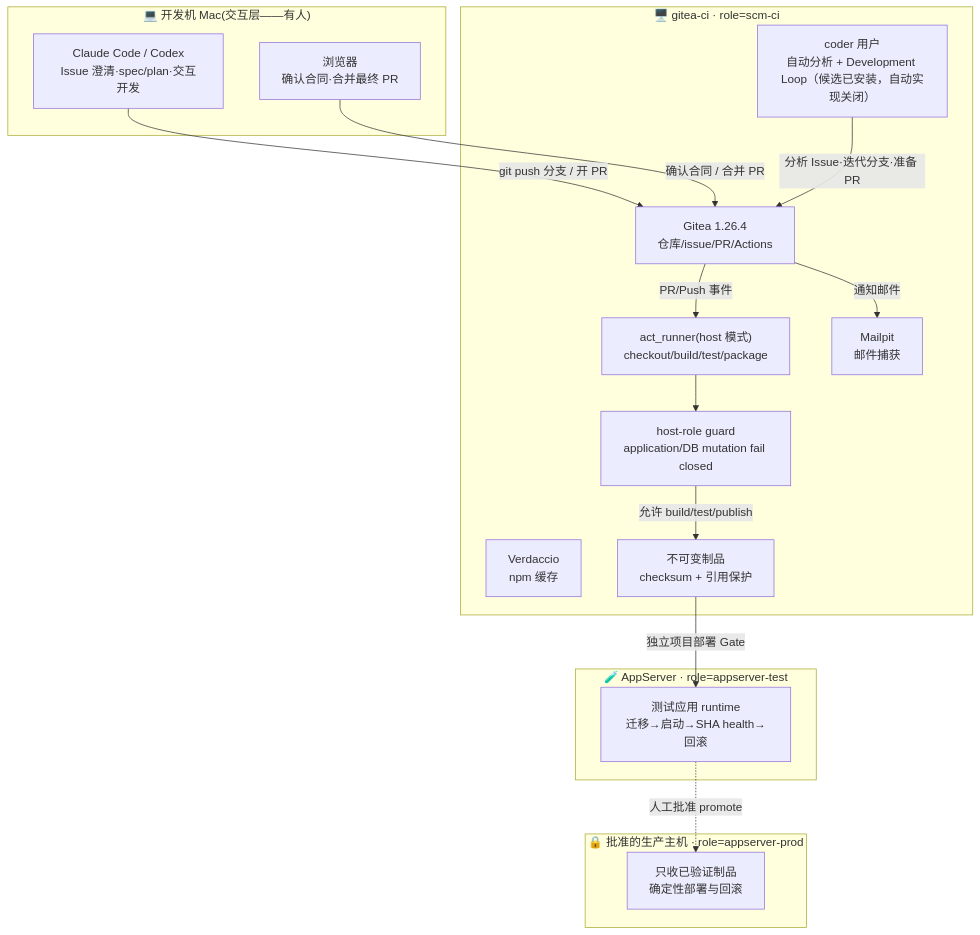
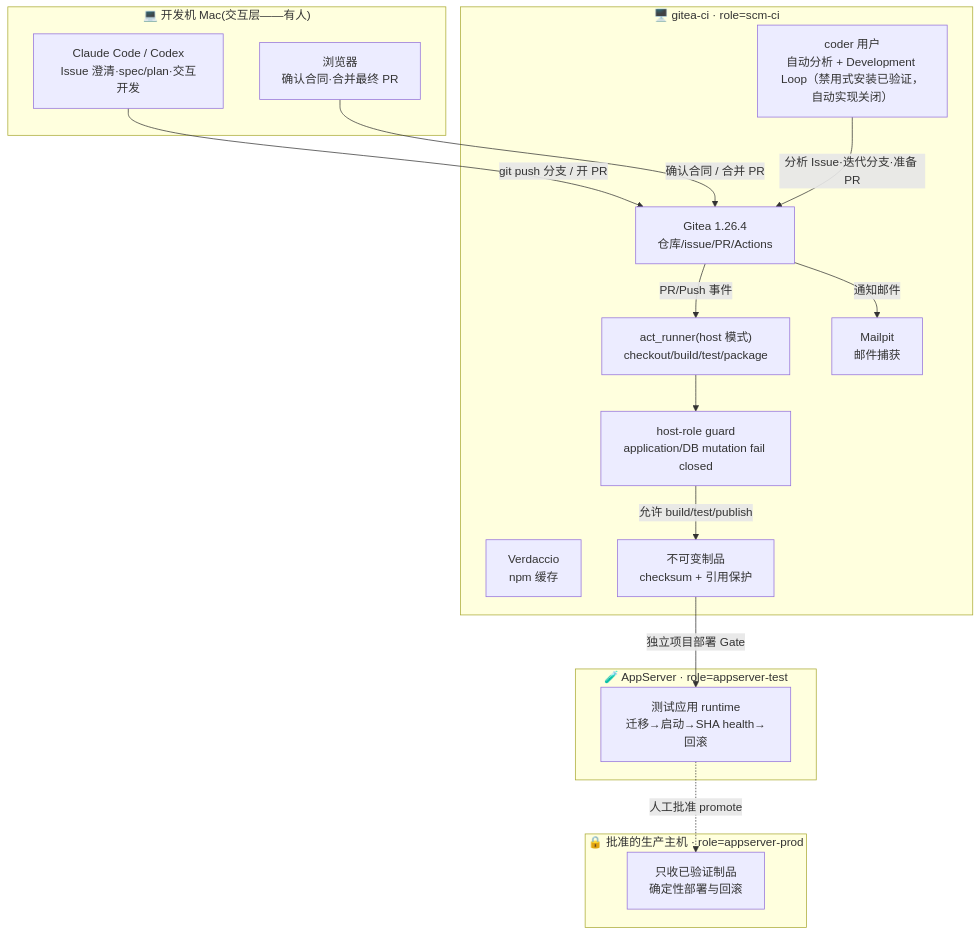
Before and after one commit to BenQue/AIGitea: the first of 2 diagrams in README.md, drawn with Mermaid. The commit also changed other lines of this file and 16 other files, not shown here.

````diff
--- a/README.md
+++ b/README.md
@@ -42,35 +42,35 @@
 ```mermaid
 flowchart TB
     subgraph MAC["💻 开发机 Mac(交互层——有人)"]
         DEV["Claude Code / Codex<br/>Issue 澄清·spec/plan·交互开发"]
         BROWSER["浏览器<br/>确认合同·合并最终 PR"]
     end
 
     subgraph VM1["🖥️ gitea-ci · role=scm-ci"]
         GITEA["Gitea 1.26.4<br/>仓库/issue/PR/Actions"]
         RUNNER["act_runner(host 模式)<br/>checkout/build/test/package"]
-        AGENT["coder 用户<br/>自动分析 + Development Loop（候选已安装，自动实现关闭）"]
+        AGENT["coder 用户<br/>自动分析 + Development Loop（禁用式安装已验证，自动实现关闭）"]
         VERD["Verdaccio<br/>npm 缓存"]
         MAIL["Mailpit<br/>邮件捕获"]
         ART["不可变制品<br/>checksum + 引用保护"]
         GUARD["host-role guard<br/>application/DB mutation fail closed"]
     end
 
     subgraph TESTHOST["🧪 AppServer · role=appserver-test"]
         TEST["测试应用 runtime<br/>迁移→启动→SHA health→回滚"]
     end
 
     subgraph PRODHOST["🔒 批准的生产主机 · role=appserver-prod"]
         PROD["只收已验证制品<br/>确定性部署与回滚"]
     end
 
     DEV -->|"git push 分支 / 开 PR"| GITEA
     BROWSER -->|"确认合同 / 合并 PR"| GITEA
     AGENT -->|"分析 Issue·迭代分支·准备 PR"| GITEA
     GITEA -->|"PR/Push 事件"| RUNNER
     RUNNER --> GUARD
     GUARD -->|"允许 build/test/publish"| ART
     ART -->|"独立项目部署 Gate"| TEST
     TEST -.->|"人工批准 promote"| PROD
     GITEA -->|"通知邮件"| MAIL
 ```
````
